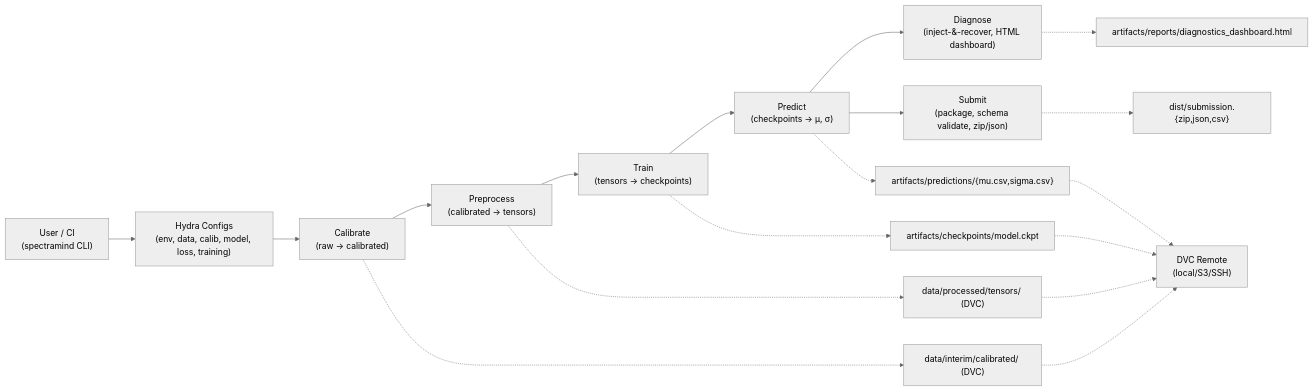
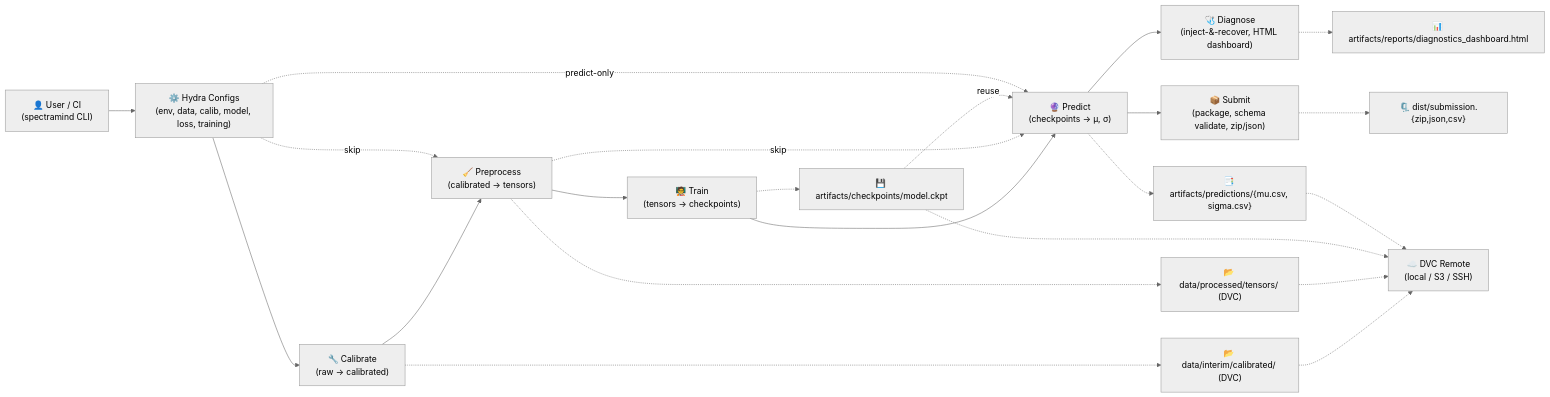
Before and after one commit to bartytime4life/SpectralMindV50: the diagram in docs/diagrams/pipeline.mmd, drawn with Mermaid (neutral theme).

```diff
--- a/docs/diagrams/pipeline.mmd
+++ b/docs/diagrams/pipeline.mmd
@@ -1,33 +1,46 @@
 flowchart LR
+
   %% =============================
   %% USER / CLI ENTRY
   %% =============================
-  A["User / CI<br/>(spectramind CLI)"] --> B["Hydra Configs<br/>(env, data, calib, model, loss, training)"]
+  A["👤 User / CI<br/>(spectramind CLI)"] --> B["⚙️ Hydra Configs<br/>(env, data, calib, model, loss, training)"]
 
   %% =============================
   %% PIPELINE STAGES
   %% =============================
-  B --> C["Calibrate<br/>(raw → calibrated)"]
-  C --> D["Preprocess<br/>(calibrated → tensors)"]
-  D --> E["Train<br/>(tensors → checkpoints)"]
-  E --> F["Predict<br/>(checkpoints → μ, σ)"]
-  F --> G["Diagnose<br/>(inject-&-recover, HTML dashboard)"]
-  F --> H["Submit<br/>(package, schema validate, zip/json)"]
+  B --> C["🔧 Calibrate<br/>(raw → calibrated)"]
+  C --> D["🧹 Preprocess<br/>(calibrated → tensors)"]
+  D --> E["🧑‍🏫 Train<br/>(tensors → checkpoints)"]
+  E --> F["🔮 Predict<br/>(checkpoints → μ, σ)"]
+  F --> G["🩺 Diagnose<br/>(inject-&-recover, HTML dashboard)"]
+  F --> H["📦 Submit<br/>(package, schema validate, zip/json)"]
 
   %% =============================
   %% ARTIFACTS & STORAGE
   %% =============================
-  C -.-> Z["data/interim/calibrated/ (DVC)"]
-  D -.-> Y["data/processed/tensors/ (DVC)"]
-  E -.-> X["artifacts/checkpoints/model.ckpt"]
-  F -.-> W["artifacts/predictions/{mu.csv,sigma.csv}"]
-  G -.-> V["artifacts/reports/diagnostics_dashboard.html"]
-  H -.-> U["dist/submission.{zip,json,csv}"]
+  C -.-> Z["📂 data/interim/calibrated/ (DVC)"]
+  D -.-> Y["📂 data/processed/tensors/ (DVC)"]
+  E -.-> X["💾 artifacts/checkpoints/model.ckpt"]
+  F -.-> W["📑 artifacts/predictions/{mu.csv, sigma.csv}"]
+  G -.-> V["📊 artifacts/reports/diagnostics_dashboard.html"]
+  H -.-> U["🗜️ dist/submission.{zip,json,csv}"]
 
   %% =============================
   %% REMOTE CACHE
   %% =============================
-  Z -.-> R["DVC Remote<br/>(local/S3/SSH)"]
+  Z -.-> R["☁️ DVC Remote<br/>(local / S3 / SSH)"]
   Y -.-> R
   X -.-> R
   W -.-> R
+
+  %% =============================
+  %% FLEXIBLE / SKIP PATHS
+  %% =============================
+  %% Start from pre-calibrated data
+  B -.skip.-> D
+  %% Reuse tensors without retraining
+  D -.skip.-> F
+  %% Reuse old checkpoints directly for inference
+  X -.reuse.-> F
+  %% Predict-only Kaggle kernel path
+  B -.predict-only.-> F
```
